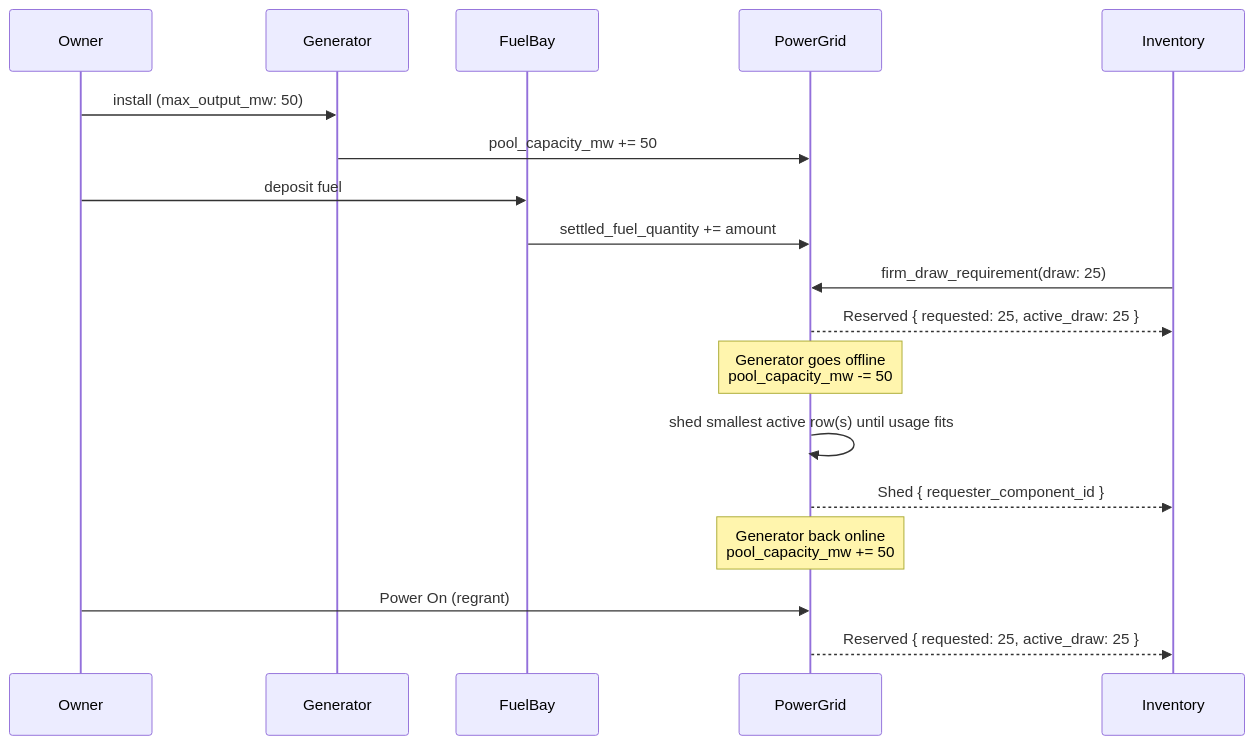
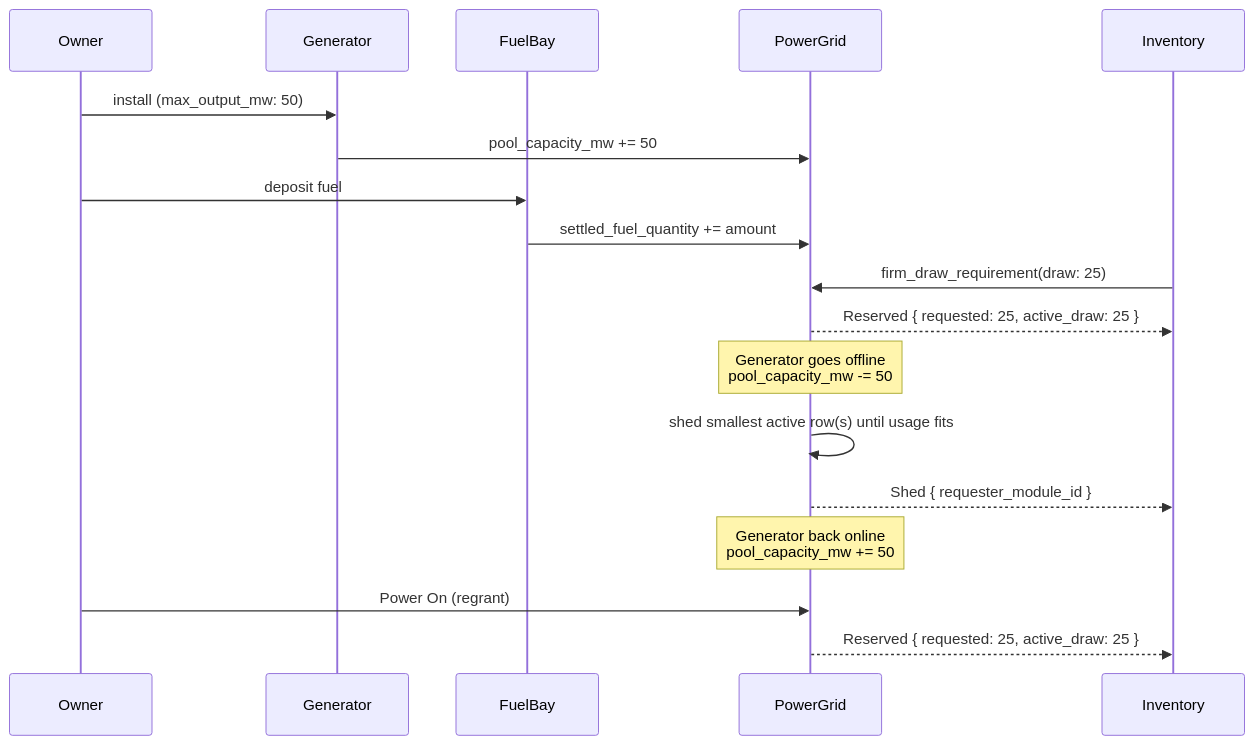
Before and after one commit to evefrontier/world-contracts: the second of 2 diagrams in docs/adr/0004-onchain-power-network.md, drawn with Mermaid. The commit also changed other lines of this file, not shown here.

Commit message:
docs: renamed requester_component_id to  requester_module_id

````diff
--- a/docs/adr/0004-onchain-power-network.md
+++ b/docs/adr/0004-onchain-power-network.md
@@ -80,23 +80,23 @@
 ```mermaid
 sequenceDiagram
     participant Owner
     participant Generator
     participant FuelBay
     participant PowerGrid
     participant Inventory as Inventory
 
     Owner->>Generator: install (max_output_mw: 50)
     Generator->>PowerGrid: pool_capacity_mw += 50
     Owner->>FuelBay: deposit fuel
     FuelBay->>PowerGrid: settled_fuel_quantity += amount
     Inventory->>PowerGrid: firm_draw_requirement(draw: 25)
     PowerGrid-->>Inventory: Reserved { requested: 25, active_draw: 25 }
 
     Note over PowerGrid: Generator goes offline<br/>pool_capacity_mw -= 50
     PowerGrid->>PowerGrid: shed smallest active row(s) until usage fits
-    PowerGrid-->>Inventory: Shed { requester_component_id }
+    PowerGrid-->>Inventory: Shed { requester_module_id }
 
     Note over PowerGrid: Generator back online<br/>pool_capacity_mw += 50
     Owner->>PowerGrid: Power On (regrant)
     PowerGrid-->>Inventory: Reserved { requested: 25, active_draw: 25 }
 ```
````
